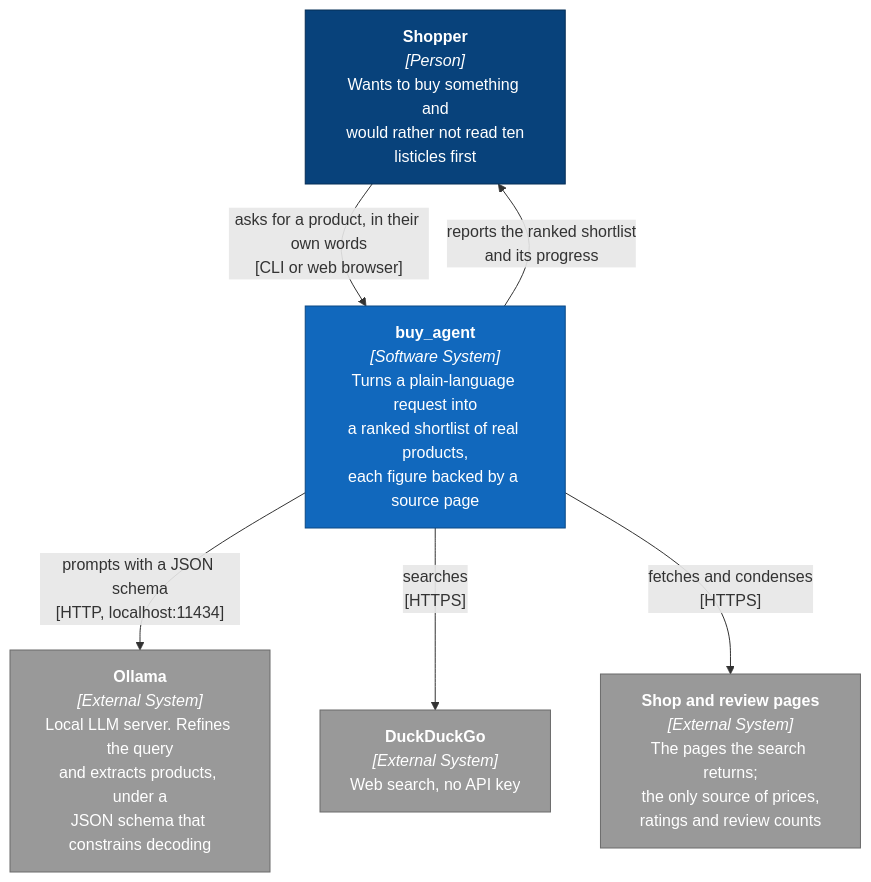
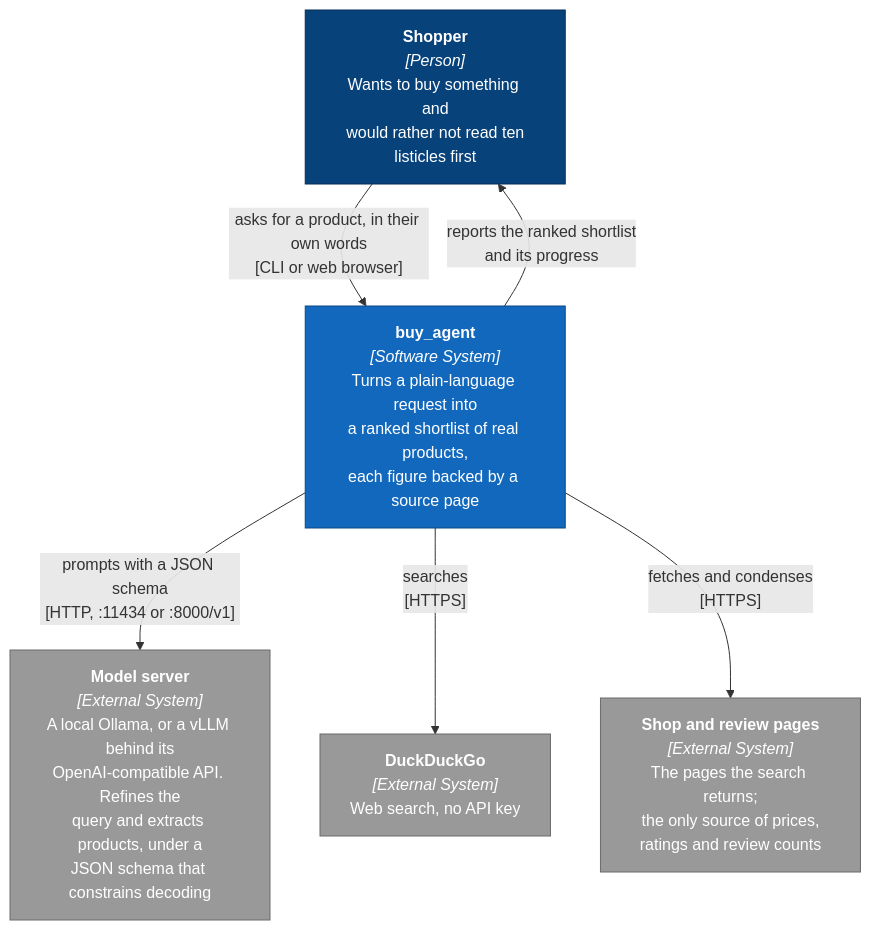
Before and after one commit to adamw7/buy_agent: the first of 5 diagrams in docs/architecture.md, drawn with Mermaid. The commit also changed other lines of this file and 40 other files, not shown here.

````diff
--- a/docs/architecture.md
+++ b/docs/architecture.md
@@ -20,23 +20,23 @@
 ```mermaid
 graph TB
     shopper["<b>Shopper</b><br/><i>[Person]</i><br/>Wants to buy something and<br/>would rather not read ten<br/>listicles first"]
 
     system["<b>buy_agent</b><br/><i>[Software System]</i><br/>Turns a plain-language request into<br/>a ranked shortlist of real products,<br/>each figure backed by a source page"]
 
-    ollama["<b>Ollama</b><br/><i>[External System]</i><br/>Local LLM server. Refines the query<br/>and extracts products, under a<br/>JSON schema that constrains decoding"]
+    ollama["<b>Model server</b><br/><i>[External System]</i><br/>A local Ollama, or a vLLM behind its<br/>OpenAI-compatible API. Refines the<br/>query and extracts products, under a<br/>JSON schema that constrains decoding"]
     ddg["<b>DuckDuckGo</b><br/><i>[External System]</i><br/>Web search, no API key"]
     shops["<b>Shop and review pages</b><br/><i>[External System]</i><br/>The pages the search returns;<br/>the only source of prices,<br/>ratings and review counts"]
 
     shopper -->|"asks for a product, in their own words<br/>[CLI or web browser]"| system
     system -->|"reports the ranked shortlist<br/>and its progress"| shopper
-    system -->|"prompts with a JSON schema<br/>[HTTP, localhost:11434]"| ollama
+    system -->|"prompts with a JSON schema<br/>[HTTP, :11434 or :8000/v1]"| ollama
     system -->|"searches<br/>[HTTPS]"| ddg
     system -->|"fetches and condenses<br/>[HTTPS]"| shops
 
     classDef person fill:#08427b,stroke:#052e56,color:#fff
     classDef internal fill:#1168bd,stroke:#0b4884,color:#fff
     classDef external fill:#999,stroke:#6b6b6b,color:#fff
     class shopper person
     class system internal
     class ollama,ddg,shops external
 ```
````
